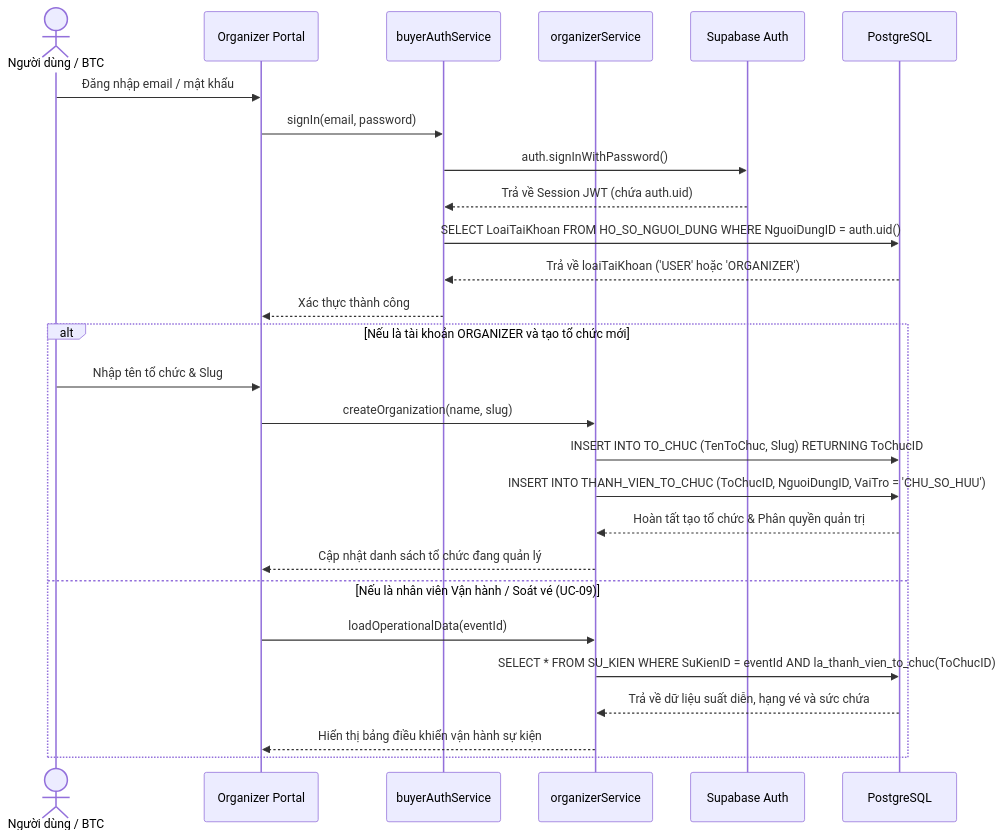
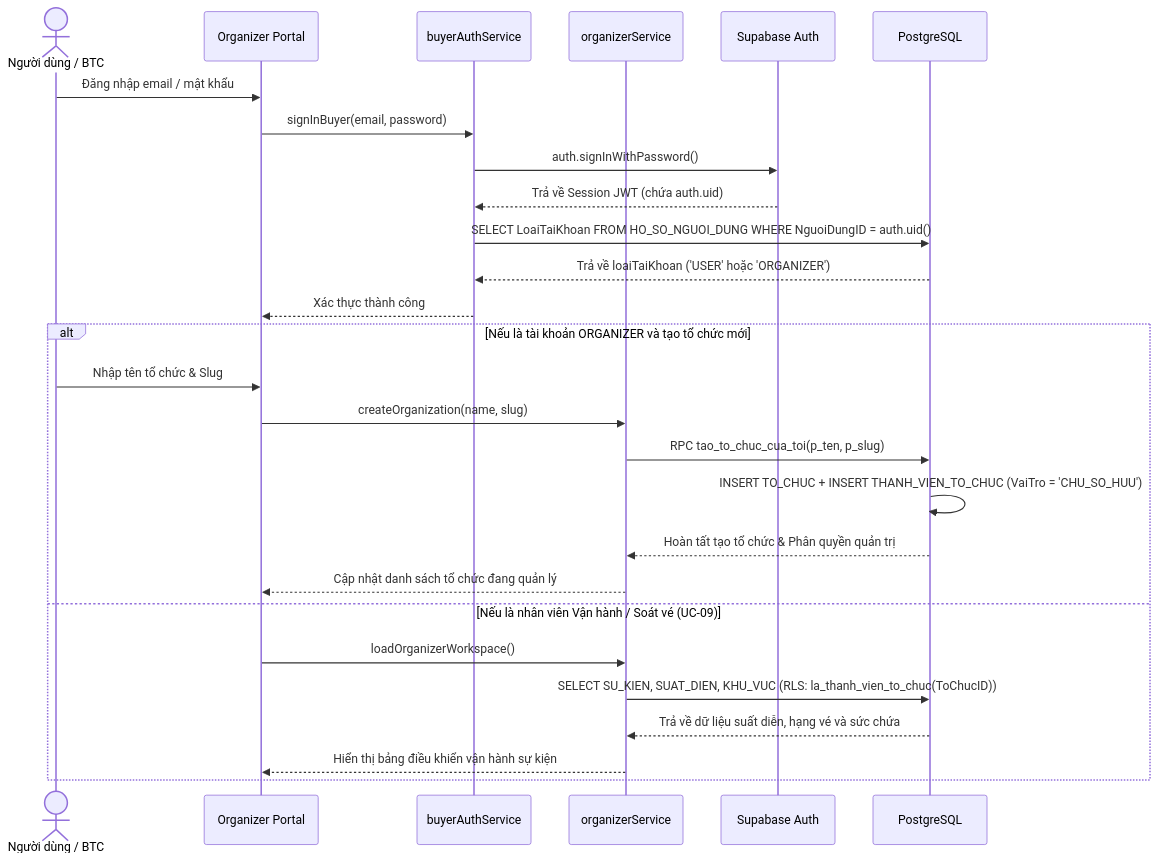
Before and after one commit to minhdc2011/EVENTTICKETING: the ninth of 11 diagrams in docs/sprint1-deliverables/02_ANALYSIS_AND_SYSTEM_DESIGN.md, drawn with Mermaid. The commit also changed other lines of this file and 2 other files, not shown here.

First line of the commit message:
docs: align ERD, class diagram and sequences with repo

````diff
--- a/docs/sprint1-deliverables/02_ANALYSIS_AND_SYSTEM_DESIGN.md
+++ b/docs/sprint1-deliverables/02_ANALYSIS_AND_SYSTEM_DESIGN.md
@@ -542,31 +543,31 @@
 ```mermaid
 sequenceDiagram
   actor O as Người dùng / BTC
   participant UI as Organizer Portal
   participant BAS as buyerAuthService
   participant OS as organizerService
   participant AUTH as Supabase Auth
   participant DB as PostgreSQL
 
   O->>UI: Đăng nhập email / mật khẩu
-  UI->>BAS: signIn(email, password)
+  UI->>BAS: signInBuyer(email, password)
   BAS->>AUTH: auth.signInWithPassword()
   AUTH-->>BAS: Trả về Session JWT (chứa auth.uid)
   BAS->>DB: SELECT LoaiTaiKhoan FROM HO_SO_NGUOI_DUNG WHERE NguoiDungID = auth.uid()
   DB-->>BAS: Trả về loaiTaiKhoan ('USER' hoặc 'ORGANIZER')
   BAS-->>UI: Xác thực thành công
 
   alt Nếu là tài khoản ORGANIZER và tạo tổ chức mới
     O->>UI: Nhập tên tổ chức & Slug
     UI->>OS: createOrganization(name, slug)
-    OS->>DB: INSERT INTO TO_CHUC (TenToChuc, Slug) RETURNING ToChucID
-    OS->>DB: INSERT INTO THANH_VIEN_TO_CHUC (ToChucID, NguoiDungID, VaiTro = 'CHU_SO_HUU')
+    OS->>DB: RPC tao_to_chuc_cua_toi(p_ten, p_slug)
+    DB->>DB: INSERT TO_CHUC + INSERT THANH_VIEN_TO_CHUC (VaiTro = 'CHU_SO_HUU')
     DB-->>OS: Hoàn tất tạo tổ chức & Phân quyền quản trị
     OS-->>UI: Cập nhật danh sách tổ chức đang quản lý
   else Nếu là nhân viên Vận hành / Soát vé (UC-09)
-    UI->>OS: loadOperationalData(eventId)
-    OS->>DB: SELECT * FROM SU_KIEN WHERE SuKienID = eventId AND la_thanh_vien_to_chuc(ToChucID)
+    UI->>OS: loadOrganizerWorkspace()
+    OS->>DB: SELECT SU_KIEN, SUAT_DIEN, KHU_VUC (RLS: la_thanh_vien_to_chuc(ToChucID))
     DB-->>OS: Trả về dữ liệu suất diễn, hạng vé và sức chứa
     OS-->>UI: Hiển thị bảng điều khiển vận hành sự kiện
   end
 ```
````
